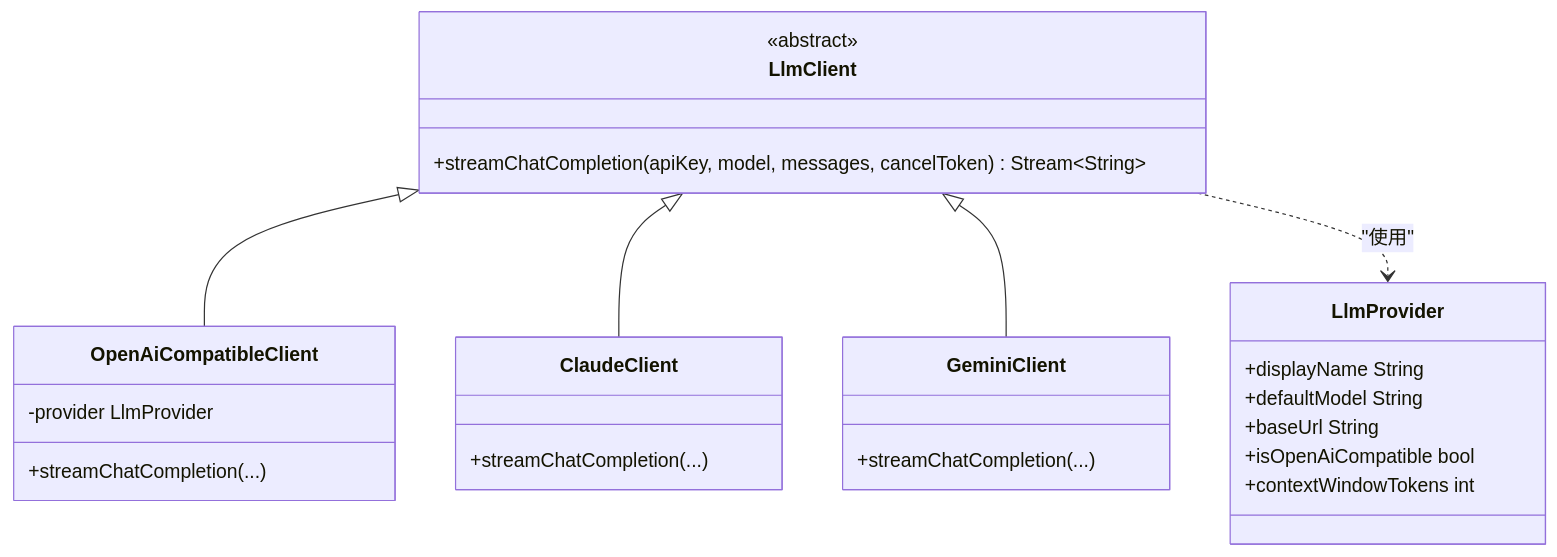
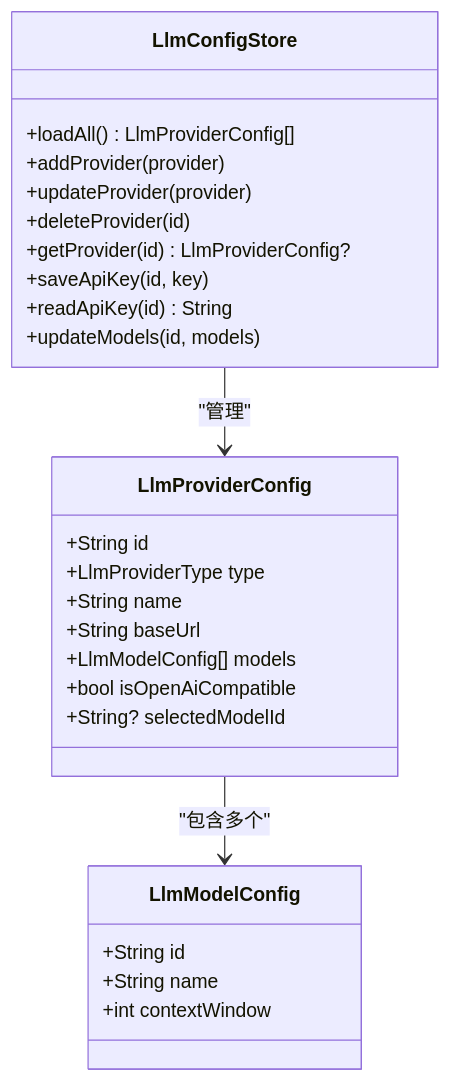
The third of 5 diagrams in .qoder/repowiki/zh/content/LLM 集成/LLM 集成.md (Ykworm/thktree), drawn with Mermaid before and after one commit. The commit also changed other lines of this file and 45 other files, not shown here.

````diff
--- a/.qoder/repowiki/zh/content/LLM 集成/LLM 集成.md
+++ b/.qoder/repowiki/zh/content/LLM 集成/LLM 集成.md
@@ -171,28 +222,29 @@
 ```mermaid
 classDiagram
-class LlmClient {
-<<abstract>>
-+streamChatCompletion(apiKey, model, messages, cancelToken) Stream~String~
+class LlmProviderConfig {
++String id
++LlmProviderType type
++String name
++String baseUrl
++LlmModelConfig[] models
++bool isOpenAiCompatible
++String? selectedModelId
 }
-class OpenAiCompatibleClient {
--provider LlmProvider
-+streamChatCompletion(...)
+class LlmModelConfig {
++String id
++String name
++int contextWindow
 }
-class ClaudeClient {
-+streamChatCompletion(...)
+class LlmConfigStore {
++loadAll() LlmProviderConfig[]
++addProvider(provider)
++updateProvider(provider)
++deleteProvider(id)
++getProvider(id) LlmProviderConfig?
++saveApiKey(id, key)
++readApiKey(id) String
++updateModels(id, models)
 }
-class GeminiClient {
-+streamChatCompletion(...)
-}
-class LlmProvider {
-+displayName String
-+defaultModel String
-+baseUrl String
-+isOpenAiCompatible bool
-+contextWindowTokens int
-}
-LlmClient <|-- OpenAiCompatibleClient
-LlmClient <|-- ClaudeClient
-LlmClient <|-- GeminiClient
-LlmClient ..> LlmProvider : "使用"
+LlmProviderConfig --> LlmModelConfig : "包含多个"
+LlmConfigStore --> LlmProviderConfig : "管理"
 ```
````
